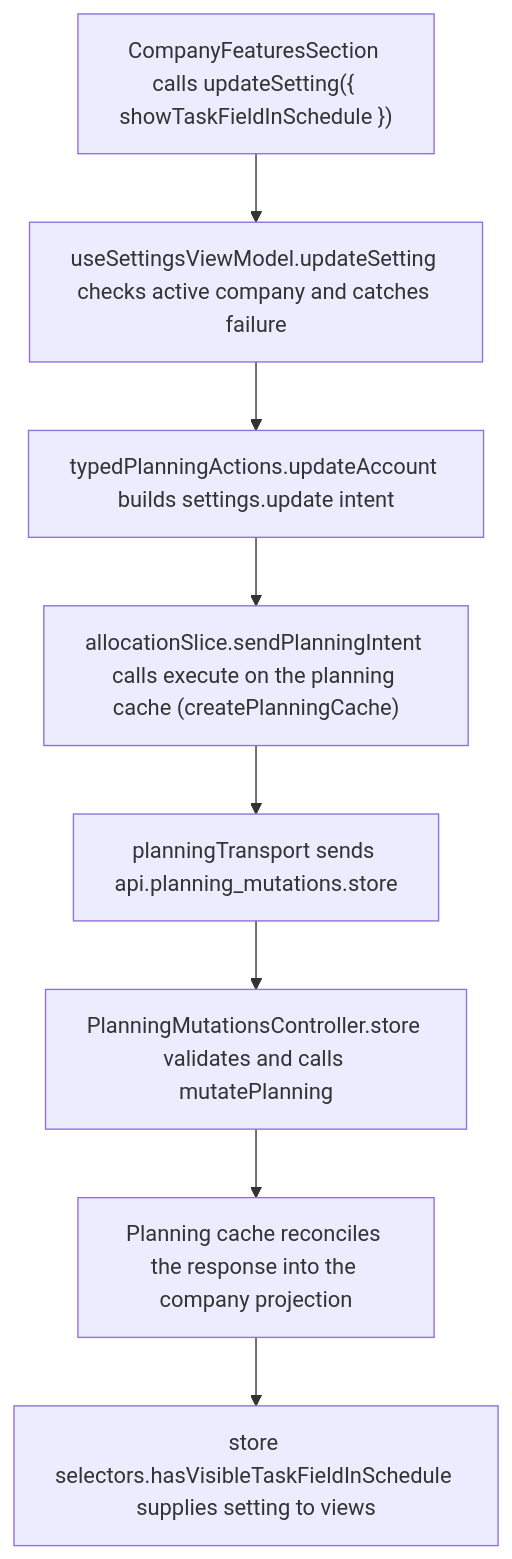
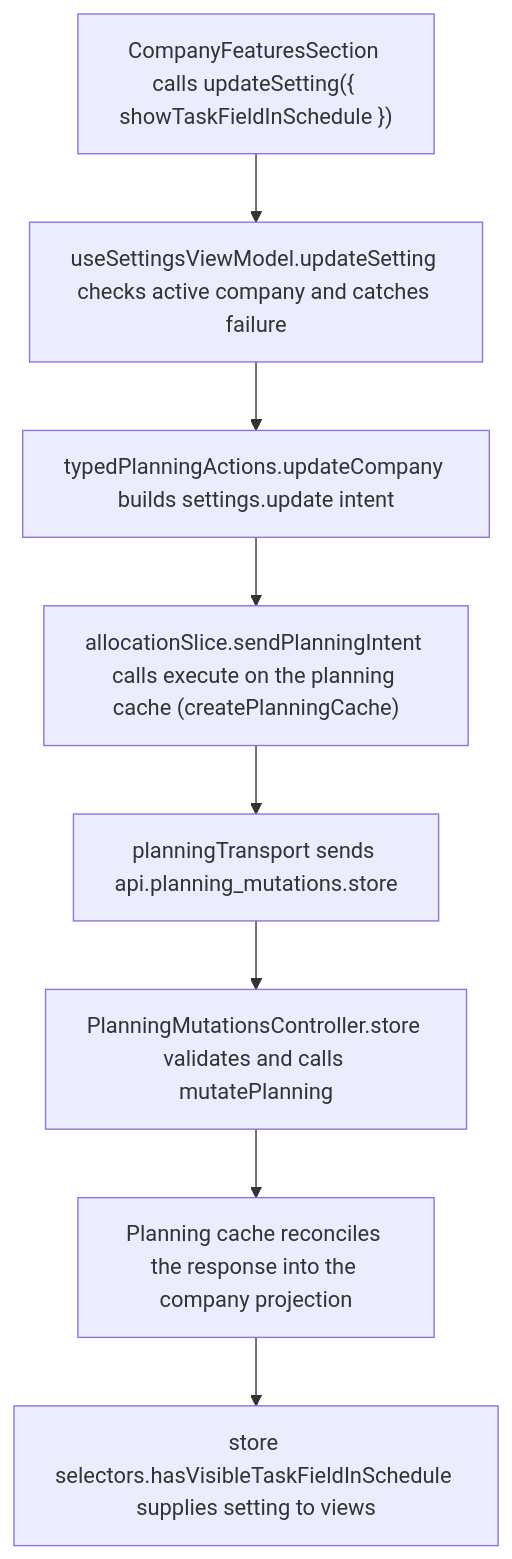
The second of 2 diagrams in user-stories/settings/US-SET-24-task-field.md (Kevinjohn/capacitylens), drawn with Mermaid before and after one commit. The commit also changed 285 other files, not shown here.

````diff
--- a/user-stories/settings/US-SET-24-task-field.md
+++ b/user-stories/settings/US-SET-24-task-field.md
@@ -29,10 +29,10 @@
 ```mermaid
 flowchart TD
   control["CompanyFeaturesSection calls updateSetting({ showTaskFieldInSchedule })"] --> view["useSettingsViewModel.updateSetting checks active company and catches failure"]
-  view --> action["typedPlanningActions.updateAccount builds settings.update intent"]
+  view --> action["typedPlanningActions.updateCompany builds settings.update intent"]
   action --> execute["allocationSlice.sendPlanningIntent calls execute on the planning cache (createPlanningCache)"]
   execute --> transport["planningTransport sends api.planning_mutations.store"]
   transport --> route["PlanningMutationsController.store validates and calls mutatePlanning"]
   route --> reply["Planning cache reconciles the response into the company projection"]
   reply --> read["store selectors.hasVisibleTaskFieldInSchedule supplies setting to views"]
 ```
````
